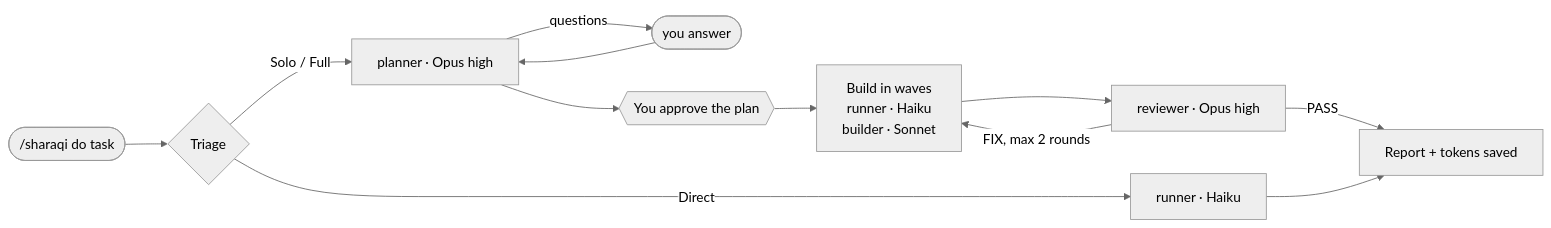
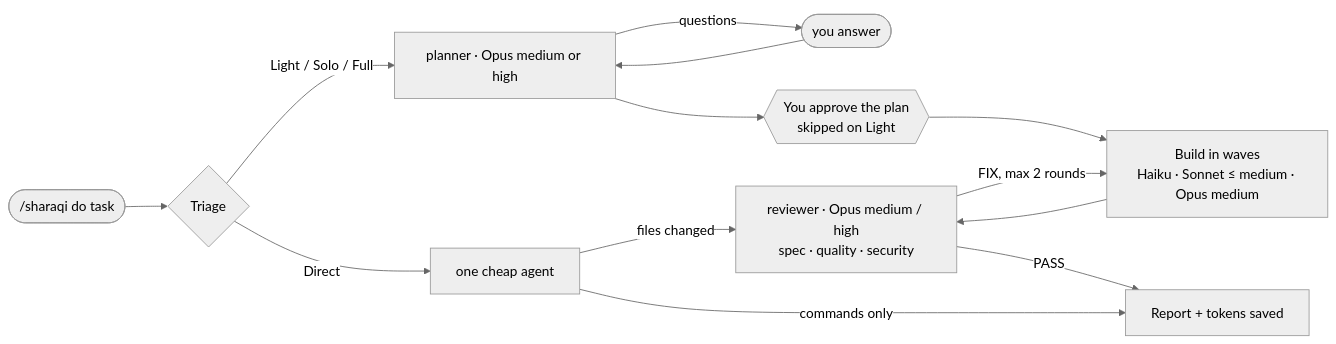
The diagram in README.md (EngSharaqi/sharaqi-workflow), drawn with Mermaid (neutral theme) before and after one commit. The commit also changed other lines of this file and 12 other files, not shown here.

````diff
--- a/README.md
+++ b/README.md
@@ -101,14 +101,15 @@
 ```mermaid
 flowchart LR
     U([/sharaqi do task]) --> T{Triage}
-    T -->|Direct| R[runner · Haiku]
-    T -->|Solo / Full| P[planner · Opus high]
+    T -->|Direct| R[one cheap agent]
+    T -->|Light / Solo / Full| P[planner · Opus medium or high]
     P -->|questions| U2([you answer])
     U2 --> P
-    P --> G{{You approve the plan}}
-    G --> B[Build in waves<br/>runner · Haiku<br/>builder · Sonnet]
-    B --> V[reviewer · Opus high]
+    P --> G{{You approve the plan<br/>skipped on Light}}
+    G --> B[Build in waves<br/>Haiku · Sonnet ≤ medium · Opus medium]
+    B --> V[reviewer · Opus medium / high<br/>spec · quality · security]
     V -->|FIX, max 2 rounds| B
     V -->|PASS| Rep[Report + tokens saved]
-    R --> Rep
+    R -->|files changed| V
+    R -->|commands only| Rep
 ```
````
